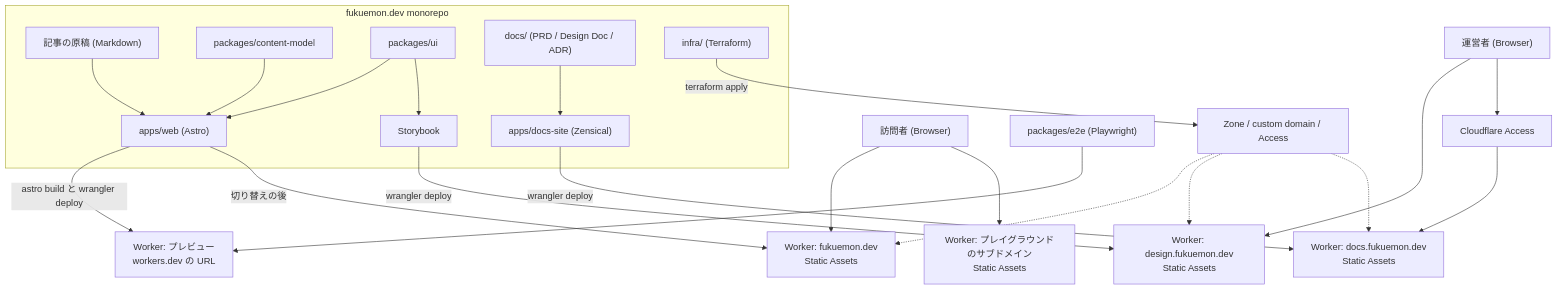
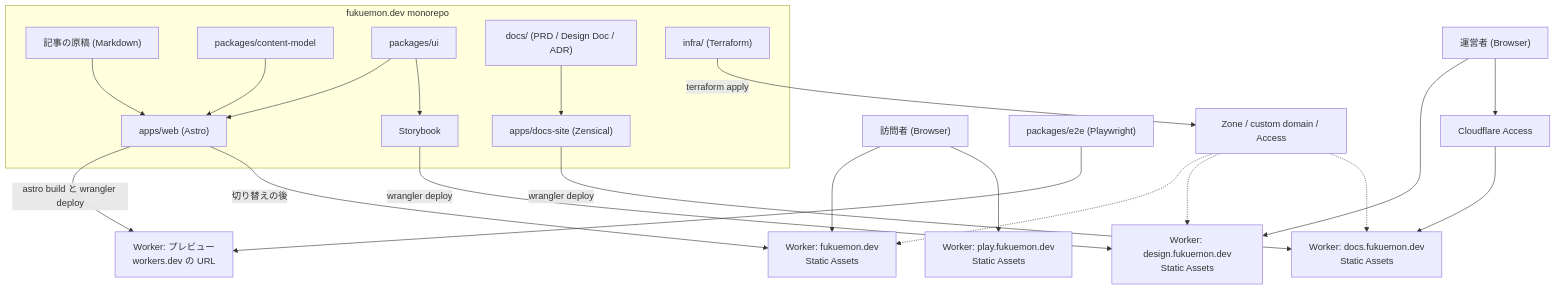
The first of 2 diagrams in design/DesignDoc.md (Fukuemon/fukuemon.dev), drawn with Mermaid before and after one commit. The commit also changed other lines of this file and 13 other files, not shown here.

````diff
--- a/design/DesignDoc.md
+++ b/design/DesignDoc.md
@@ -63,27 +63,27 @@
 ```mermaid
 flowchart TD
     reader["訪問者 (Browser)"] --> site["Worker: fukuemon.dev<br/>Static Assets"]
-    reader --> play["Worker: プレイグラウンドのサブドメイン<br/>Static Assets"]
+    reader --> play["Worker: play.fukuemon.dev<br/>Static Assets"]
     dev["運営者 (Browser)"] --> catalog["Worker: design.fukuemon.dev<br/>Static Assets"]
     dev --> access["Cloudflare Access"]
     access --> docsw["Worker: docs.fukuemon.dev<br/>Static Assets"]
     e2e["packages/e2e (Playwright)"] --> preview["Worker: プレビュー<br/>workers.dev の URL"]
 
     subgraph repo ["fukuemon.dev monorepo"]
         md["記事の原稿 (Markdown)"] --> web["apps/web (Astro)"]
         cm["packages/content-model"] --> web
         ui["packages/ui"] --> web
         ui --> sb["Storybook"]
         docs["docs/ (PRD / Design Doc / ADR)"] --> ds["apps/docs-site (Zensical)"]
         infra["infra/ (Terraform)"]
     end
 
     web -->|"astro build と wrangler deploy"| preview
     web -->|"切り替えの後"| site
     sb -->|"wrangler deploy"| catalog
     ds -->|"wrangler deploy"| docsw
     infra -->|"terraform apply"| cfbase["Zone / custom domain / Access"]
     cfbase -.-> site
     cfbase -.-> catalog
     cfbase -.-> docsw
 ```
````
